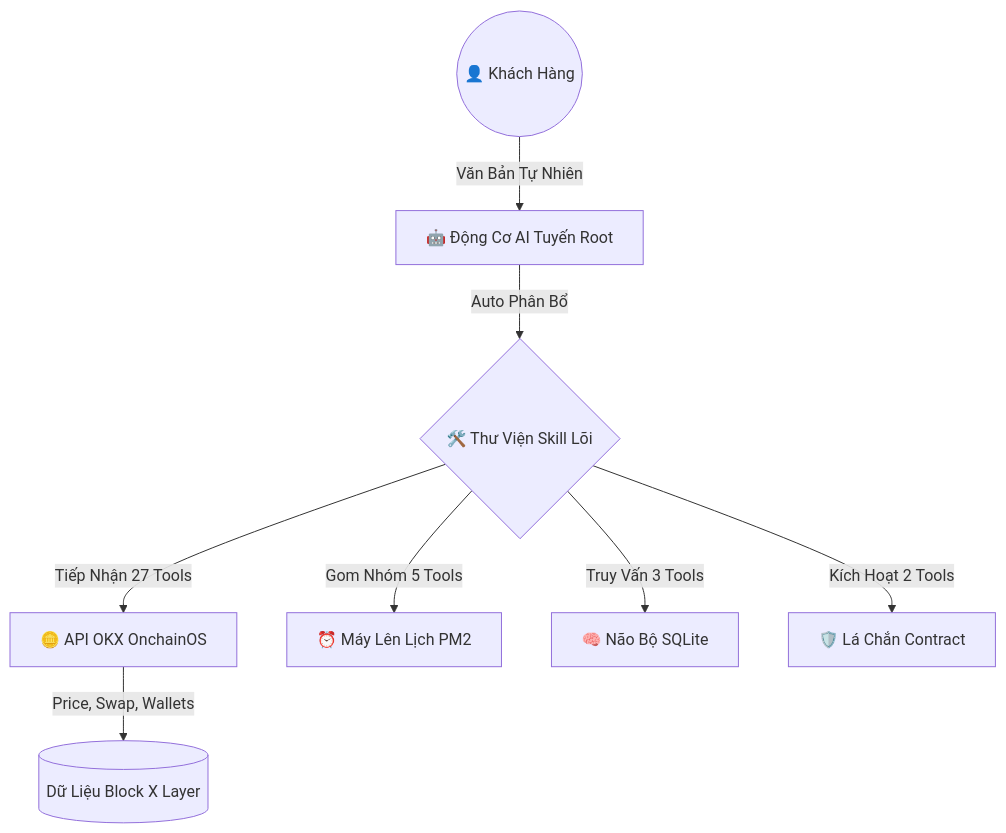
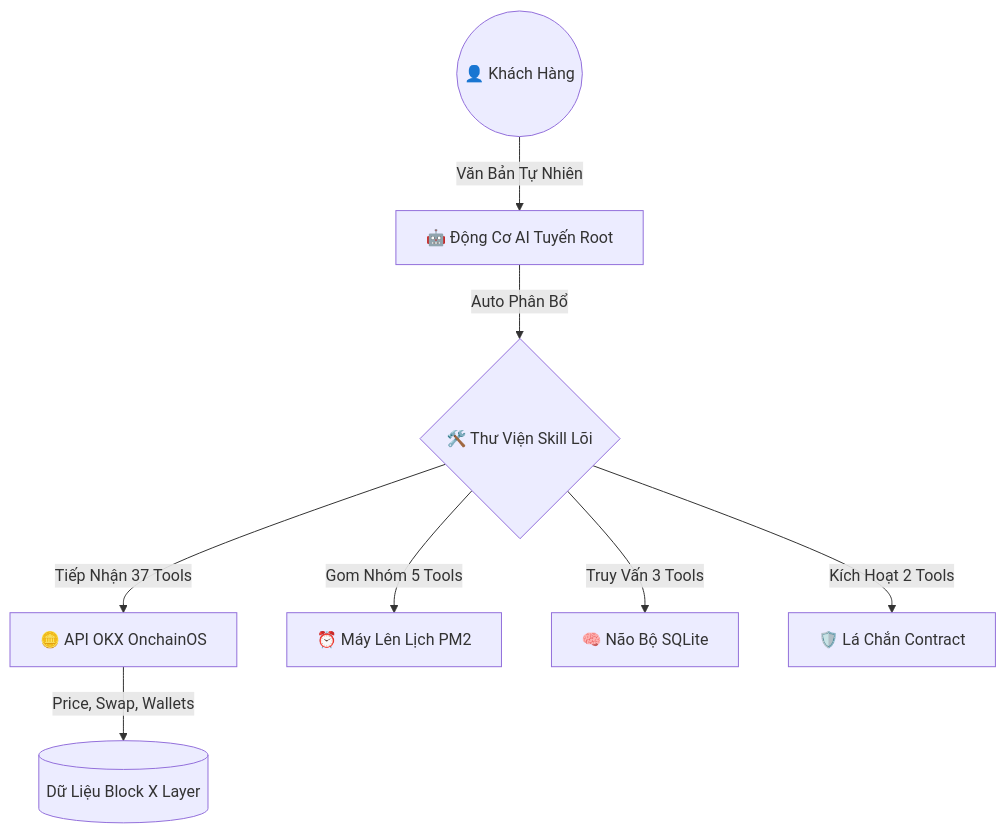
Before and after one commit to haivcon/xbot: the third of 6 diagrams in README.md, drawn with Mermaid. The commit also changed other lines of this file, not shown here.

````diff
--- a/README.md
+++ b/README.md
@@ -830,10 +846,10 @@
 ```mermaid
 graph TD;
     User((👤 Khách Hàng)) -->|Văn Bản Tự Nhiên| Core[🤖 Động Cơ AI Tuyến Root];
     Core -->|Auto Phân Bổ| Tools{🛠️ Thư Viện Skill Lõi};
-    Tools -->|Tiếp Nhận 27 Tools| Onchain[🪙 API OKX OnchainOS];
+    Tools -->|Tiếp Nhận 37 Tools| Onchain[🪙 API OKX OnchainOS];
     Tools -->|Gom Nhóm 5 Tools| Scheduler[⏰ Máy Lên Lịch PM2];
     Tools -->|Truy Vấn 3 Tools| Memory[🧠 Não Bộ SQLite];
     Tools -->|Kích Hoạt 2 Tools| Security[🛡️ Lá Chắn Contract];
     Onchain -->|Price, Swap, Wallets| XLayer[(Dữ Liệu Block X Layer)];
 ```
````
